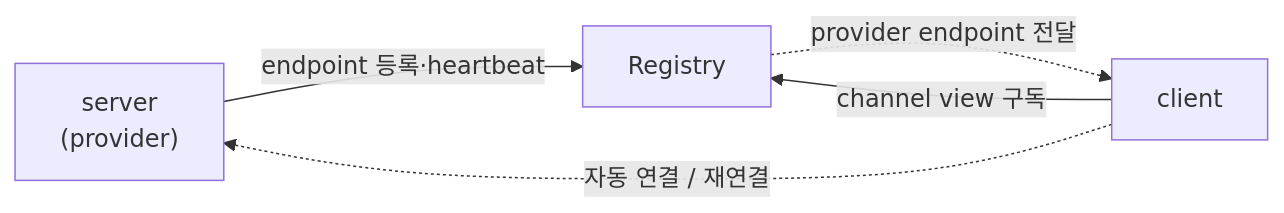
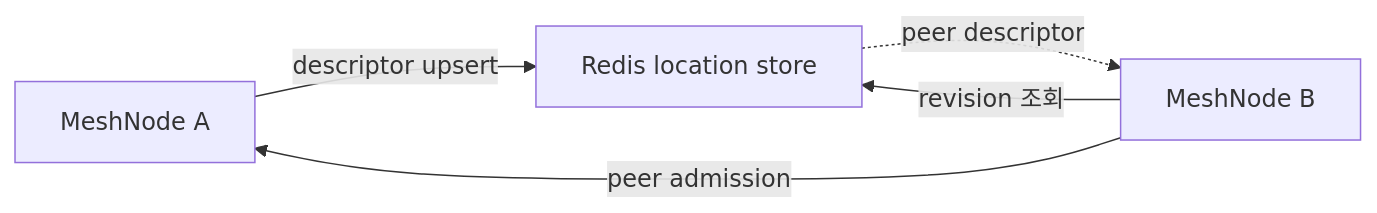
One commit to kairos-code-dev/zlink changed the fourth of 8 diagrams in framework/doc/framework/cpp/guide/03-concepts.ko.md. Above: the diagram before and after it, drawn with Mermaid. The commit also changed other lines of this file and 93 other files, not shown here.

````diff
--- a/framework/doc/framework/cpp/guide/03-concepts.ko.md
+++ b/framework/doc/framework/cpp/guide/03-concepts.ko.md
@@ -178,7 +135,7 @@
 ```mermaid
 graph LR
-    SV["server<br/>(provider)"] -->|"endpoint 등록·heartbeat"| REG["Registry"]
-    CL["client"] -->|"channel view 구독"| REG
-    REG -.->|"provider endpoint 전달"| CL
-    CL -.->|"자동 연결 / 재연결"| SV
+    A["MeshNode A"] -->|"descriptor upsert"| S["Redis location store"]
+    B["MeshNode B"] -->|"revision 조회"| S
+    S -.->|"peer descriptor"| B
+    B -->|"peer admission"| A
 ```
````
